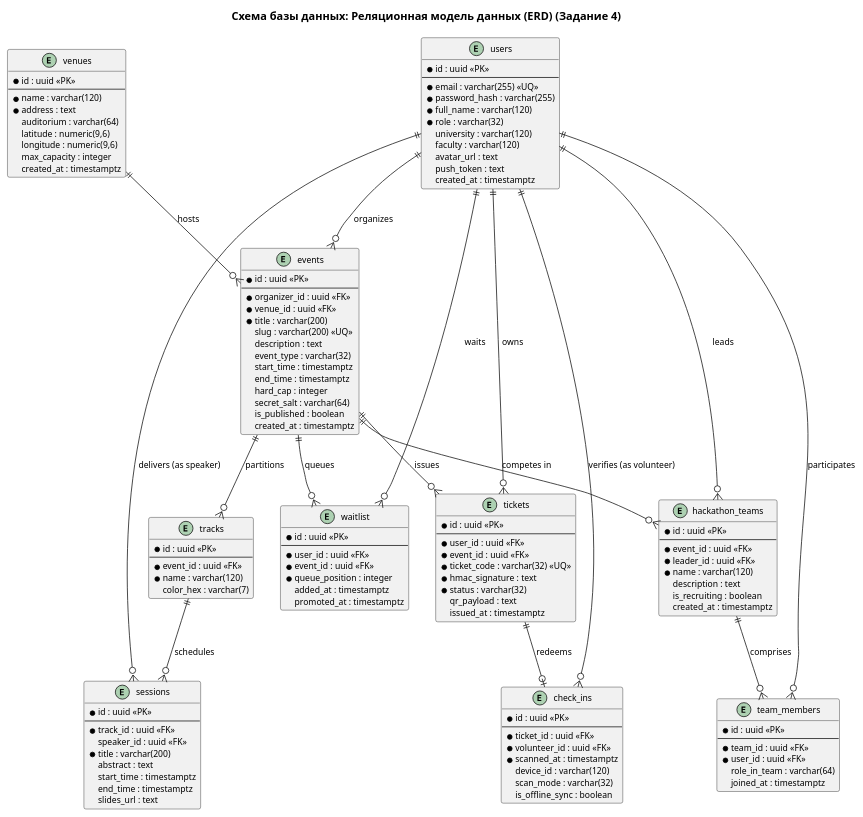
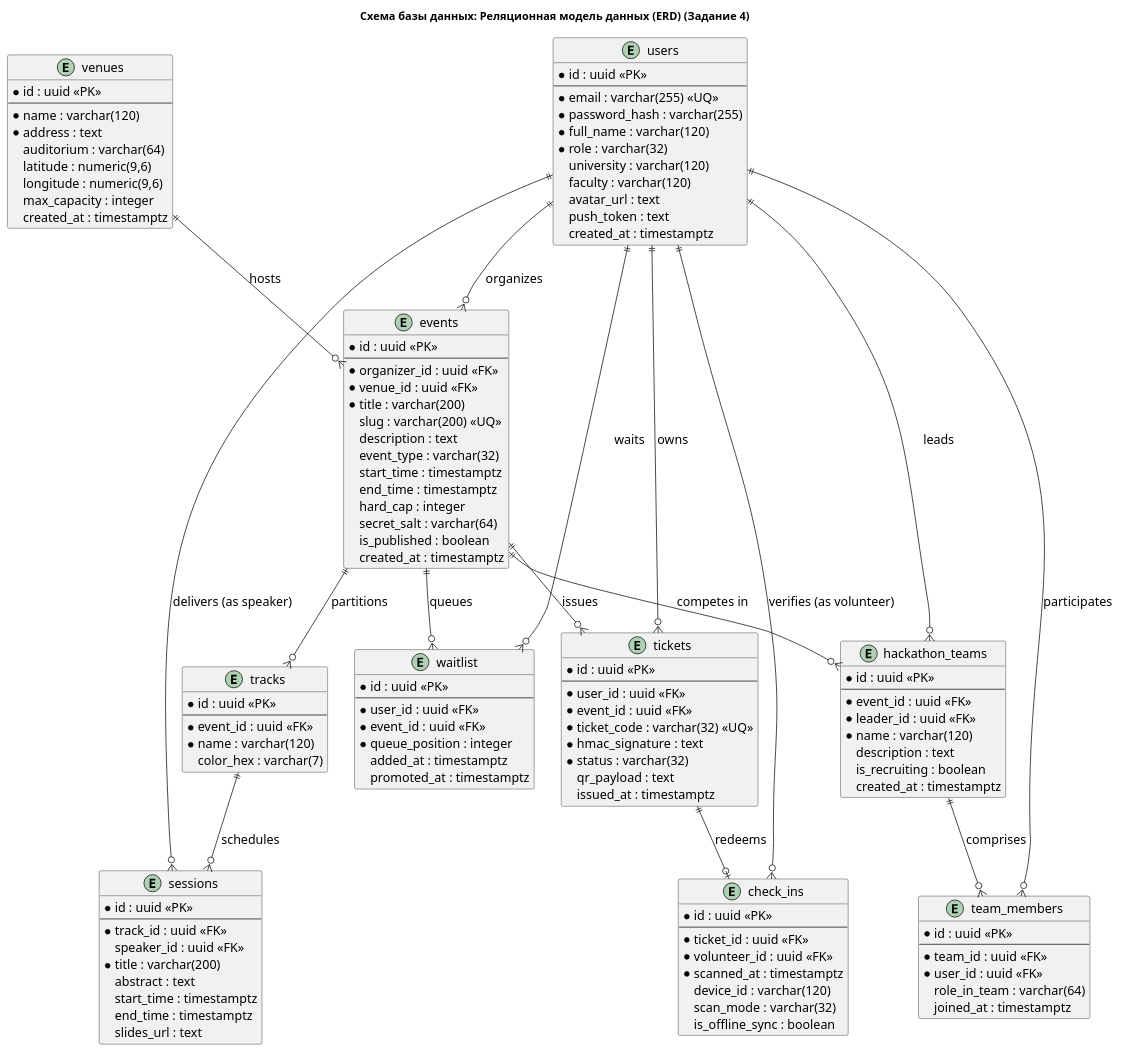
The diagram in docs/diagrams/puml/architecture/erd_database_model.puml (fpmi-hci-2026/CampusMeet), drawn with PlantUML before and after one commit. The commit also changed 191 other files, not shown here.

```diff
--- a/docs/diagrams/puml/architecture/erd_database_model.puml
+++ b/docs/diagrams/puml/architecture/erd_database_model.puml
@@ -1,149 +1,148 @@
 @startuml
-skinparam handwritten false
 skinparam monochrome false
 skinparam shadowing false
 skinparam defaultFontName "Helvetica, Arial, sans-serif"
-skinparam defaultFontSize 11
+skinparam defaultFontSize 16
 
 skinparam entity {
     BackgroundColor #F8FAFC
     BorderColor #334155
     ArrowColor #2563EB
     HeaderBackgroundColor #E2E8F0
 }
 
 title Схема базы данных: Реляционная модель данных (ERD) (Задание 4)
 
 entity "users" as users {
     * id : uuid <<PK>>
     --
     * email : varchar(255) <<UQ>>
     * password_hash : varchar(255)
     * full_name : varchar(120)
     * role : varchar(32)
     university : varchar(120)
     faculty : varchar(120)
     avatar_url : text
     push_token : text
     created_at : timestamptz
 }
 
 entity "venues" as venues {
     * id : uuid <<PK>>
     --
     * name : varchar(120)
     * address : text
     auditorium : varchar(64)
     latitude : numeric(9,6)
     longitude : numeric(9,6)
     max_capacity : integer
     created_at : timestamptz
 }
 
 entity "events" as events {
     * id : uuid <<PK>>
     --
     * organizer_id : uuid <<FK>>
     * venue_id : uuid <<FK>>
     * title : varchar(200)
     slug : varchar(200) <<UQ>>
     description : text
     event_type : varchar(32)
     start_time : timestamptz
     end_time : timestamptz
     hard_cap : integer
     secret_salt : varchar(64)
     is_published : boolean
     created_at : timestamptz
 }
 
 entity "tickets" as tickets {
     * id : uuid <<PK>>
     --
     * user_id : uuid <<FK>>
     * event_id : uuid <<FK>>
     * ticket_code : varchar(32) <<UQ>>
     * hmac_signature : text
     * status : varchar(32)
     qr_payload : text
     issued_at : timestamptz
 }
 
 entity "check_ins" as checkins {
     * id : uuid <<PK>>
     --
     * ticket_id : uuid <<FK>>
     * volunteer_id : uuid <<FK>>
     * scanned_at : timestamptz
     device_id : varchar(120)
     scan_mode : varchar(32)
     is_offline_sync : boolean
 }
 
 entity "waitlist" as waitlist {
     * id : uuid <<PK>>
     --
     * user_id : uuid <<FK>>
     * event_id : uuid <<FK>>
     * queue_position : integer
     added_at : timestamptz
     promoted_at : timestamptz
 }
 
 entity "tracks" as tracks {
     * id : uuid <<PK>>
     --
     * event_id : uuid <<FK>>
     * name : varchar(120)
     color_hex : varchar(7)
 }
 
 entity "sessions" as sessions {
     * id : uuid <<PK>>
     --
     * track_id : uuid <<FK>>
     speaker_id : uuid <<FK>>
     * title : varchar(200)
     abstract : text
     start_time : timestamptz
     end_time : timestamptz
     slides_url : text
 }
 
 entity "hackathon_teams" as teams {
     * id : uuid <<PK>>
     --
     * event_id : uuid <<FK>>
     * leader_id : uuid <<FK>>
     * name : varchar(120)
     description : text
     is_recruiting : boolean
     created_at : timestamptz
 }
 
 entity "team_members" as members {
     * id : uuid <<PK>>
     --
     * team_id : uuid <<FK>>
     * user_id : uuid <<FK>>
     role_in_team : varchar(64)
     joined_at : timestamptz
 }
 
 users ||--o{ events : "organizes"
 venues ||--o{ events : "hosts"
 events ||--o{ tickets : "issues"
 users ||--o{ tickets : "owns"
 tickets ||--o| checkins : "redeems"
 users ||--o{ checkins : "verifies (as volunteer)"
 events ||--o{ waitlist : "queues"
 users ||--o{ waitlist : "waits"
 events ||--o{ tracks : "partitions"
 tracks ||--o{ sessions : "schedules"
 users ||--o{ sessions : "delivers (as speaker)"
 events ||--o{ teams : "competes in"
 users ||--o{ teams : "leads"
 teams ||--o{ members : "comprises"
 users ||--o{ members : "participates"
 
 @enduml
```
